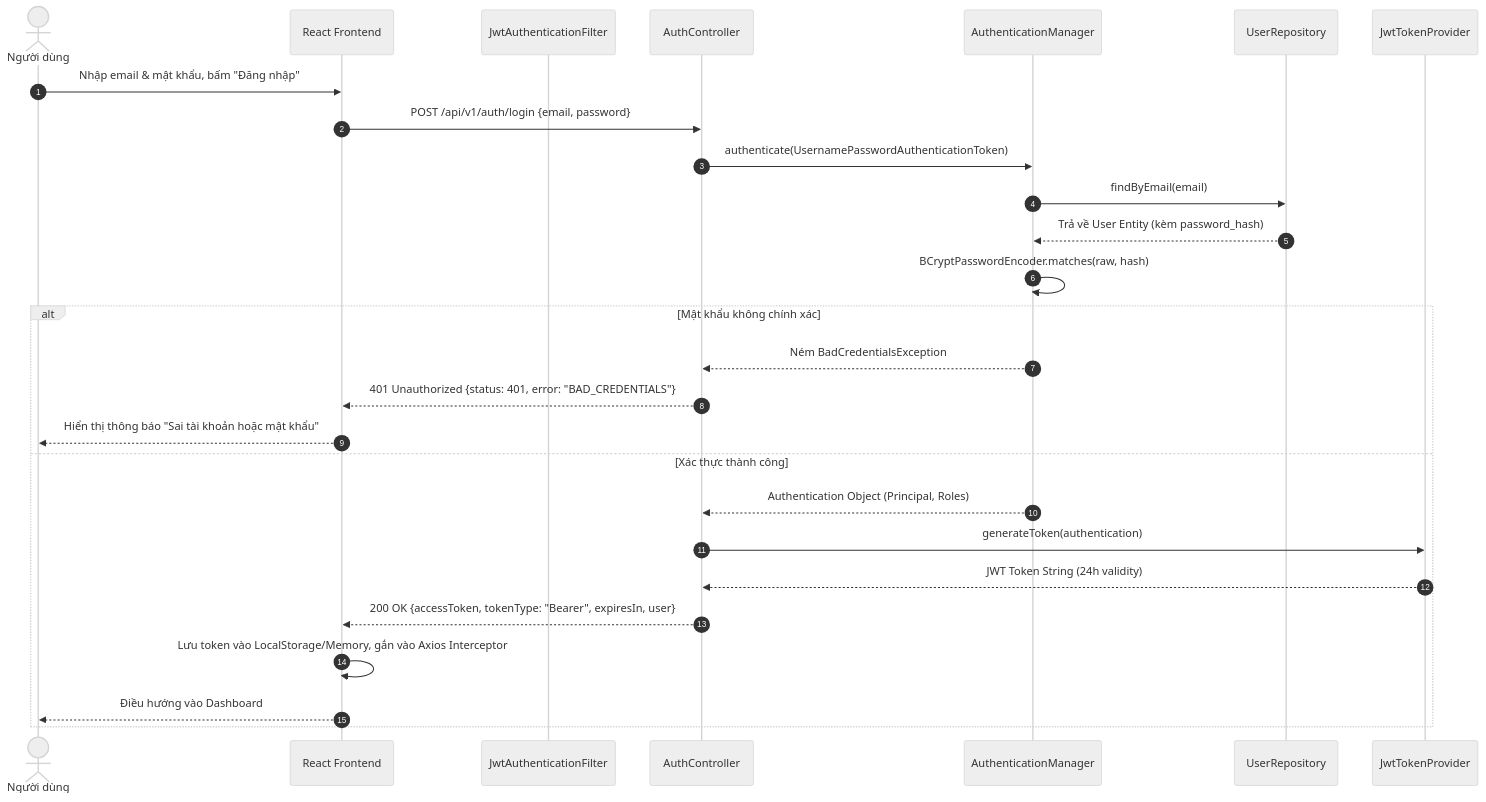
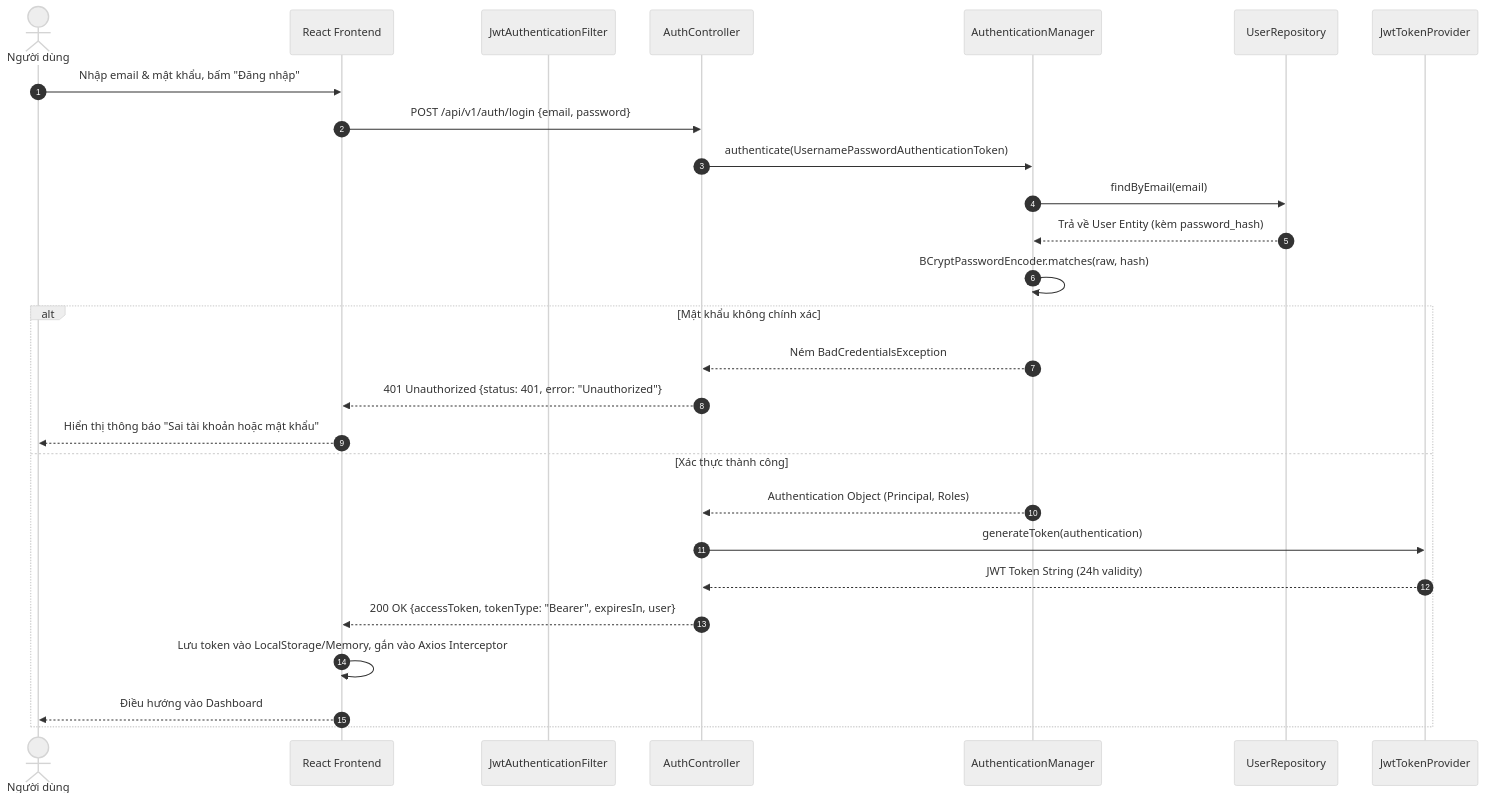
The second of 5 diagrams in docs/architecture/system-architecture.md (CNPM-Chuyen-Sau-SE214-R11-HK1-2026/Skill--and-Labor-Market-Demand-Based-Career-Recommendation-System), drawn with Mermaid (neutral theme) before and after one commit. The commit also changed other lines of this file and 40 other files, not shown here.

````diff
--- a/docs/architecture/system-architecture.md
+++ b/docs/architecture/system-architecture.md
@@ -99,30 +120,30 @@
 ```mermaid
 sequenceDiagram
     autonumber
     actor User as Người dùng
     participant UI as React Frontend
     participant Filter as JwtAuthenticationFilter
     participant AuthCtrl as AuthController
     participant AuthSvc as AuthenticationManager
     participant UserRepo as UserRepository
     participant TokenProv as JwtTokenProvider
 
     User->>UI: Nhập email & mật khẩu, bấm "Đăng nhập"
     UI->>AuthCtrl: POST /api/v1/auth/login {email, password}
     AuthCtrl->>AuthSvc: authenticate(UsernamePasswordAuthenticationToken)
     AuthSvc->>UserRepo: findByEmail(email)
     UserRepo-->>AuthSvc: Trả về User Entity (kèm password_hash)
     AuthSvc->>AuthSvc: BCryptPasswordEncoder.matches(raw, hash)
     alt Mật khẩu không chính xác
         AuthSvc-->>AuthCtrl: Ném BadCredentialsException
-        AuthCtrl-->>UI: 401 Unauthorized {status: 401, error: "BAD_CREDENTIALS"}
+        AuthCtrl-->>UI: 401 Unauthorized {status: 401, error: "Unauthorized"}
         UI-->>User: Hiển thị thông báo "Sai tài khoản hoặc mật khẩu"
     else Xác thực thành công
         AuthSvc-->>AuthCtrl: Authentication Object (Principal, Roles)
         AuthCtrl->>TokenProv: generateToken(authentication)
         TokenProv-->>AuthCtrl: JWT Token String (24h validity)
         AuthCtrl-->>UI: 200 OK {accessToken, tokenType: "Bearer", expiresIn, user}
         UI->>UI: Lưu token vào LocalStorage/Memory, gắn vào Axios Interceptor
         UI-->>User: Điều hướng vào Dashboard
     end
 ```
````
